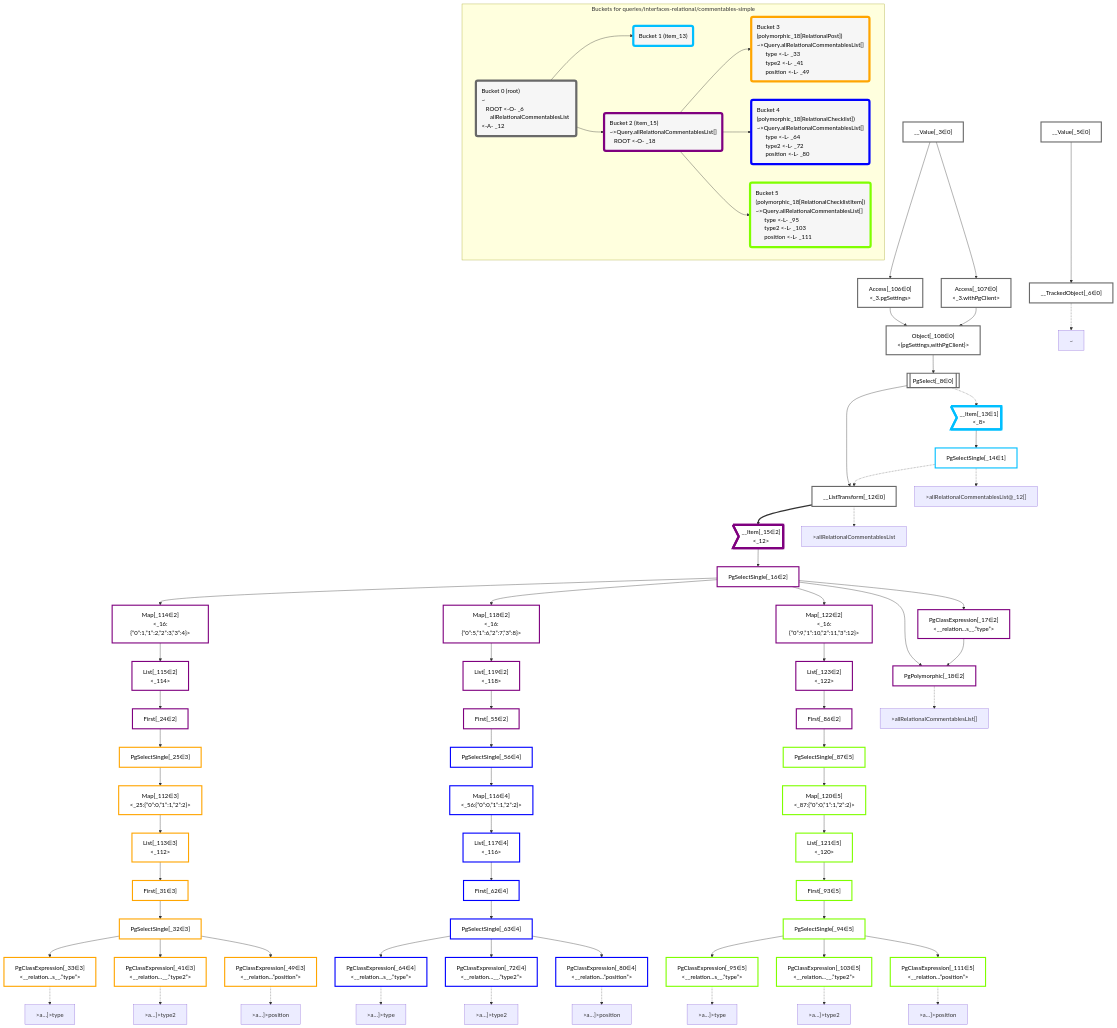
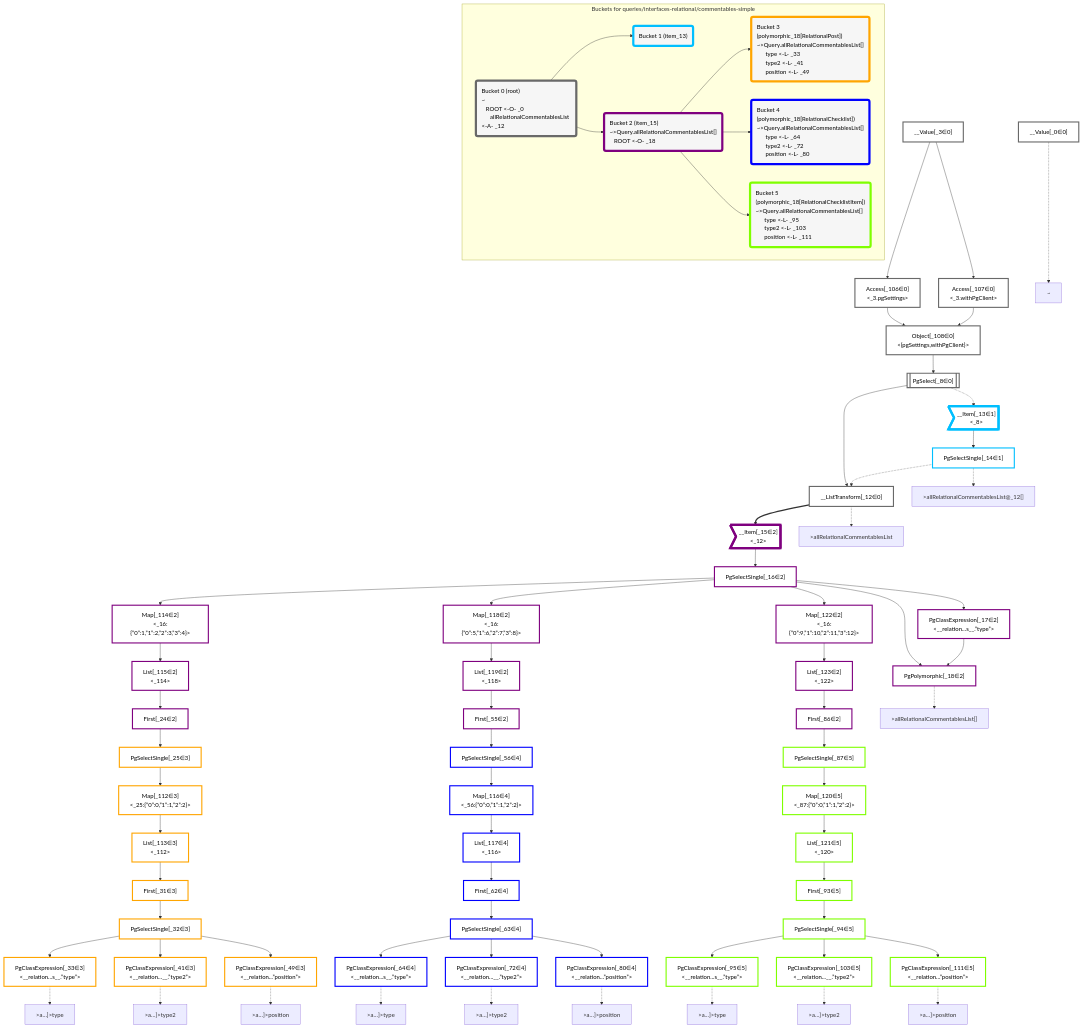
Before and after one commit to graphile/crystal: the diagram in packages/dataplan-pg/__tests__/queries/interfaces-relational/commentables-simple.mermaid.md, drawn with Mermaid. The commit also changed 193 other files, not shown here.

Commit message:
Update test plan snapshots with new root plan

```diff
--- a/packages/dataplan-pg/__tests__/queries/interfaces-relational/commentables-simple.mermaid.md
+++ b/packages/dataplan-pg/__tests__/queries/interfaces-relational/commentables-simple.mermaid.md
@@ -8,9 +8,8 @@
 
 
     %% define plans
+    __Value_0["__Value[_0∈0]"]:::plan
     __Value_3["__Value[_3∈0]<br /><context>"]:::plan
-    __Value_5["__Value[_5∈0]<br /><rootValue>"]:::plan
-    __TrackedObject_6["__TrackedObject[_6∈0]"]:::plan
     PgSelect_8[["PgSelect[_8∈0]<br /><relational_commentables>"]]:::plan
     __ListTransform_12["__ListTransform[_12∈0]<br /><each:_8>"]:::plan
     __Item_13>"__Item[_13∈1]<br /><_8>"]:::itemplan
@@ -57,7 +56,6 @@
     List_123["List[_123∈2]<br /><_122>"]:::plan
 
     %% plan dependencies
-    __Value_5 --> __TrackedObject_6
     Object_108 --> PgSelect_8
     PgSelect_8 --> __ListTransform_12
     PgSelectSingle_14 -.-> __ListTransform_12
@@ -107,8 +105,8 @@
     Map_122 --> List_123
 
     %% plan-to-path relationships
-    P_6["~"]
-    __TrackedObject_6 -.-> P_6
+    P_0["~"]
+    __Value_0 -.-> P_0
     P_12[">allRelationalCommentablesList"]
     __ListTransform_12 -.-> P_12
     P_14[">allRelationalCommentablesList@_12[]"]
@@ -136,7 +134,7 @@
 
     %% allocate buckets
     classDef bucket0 stroke:#696969
-    class __Value_3,__Value_5,__TrackedObject_6,PgSelect_8,__ListTransform_12,Access_106,Access_107,Object_108 bucket0
+    class __Value_0,__Value_3,PgSelect_8,__ListTransform_12,Access_106,Access_107,Object_108 bucket0
     classDef bucket1 stroke:#00bfff
     class __Item_13,PgSelectSingle_14 bucket1
     classDef bucket2 stroke:#7f007f
@@ -149,7 +147,7 @@
     class PgSelectSingle_87,First_93,PgSelectSingle_94,PgClassExpression_95,PgClassExpression_103,PgClassExpression_111,Map_120,List_121 bucket5
 
     subgraph "Buckets for queries/interfaces-relational/commentables-simple"
-    Bucket0("Bucket 0 (root)<br />~<br />⠀ROOT <-O- _6<br />⠀⠀allRelationalCommentablesList <-A- _12"):::bucket
+    Bucket0("Bucket 0 (root)<br />~<br />⠀ROOT <-O- _0<br />⠀⠀allRelationalCommentablesList <-A- _12"):::bucket
     style Bucket0 stroke:#696969
     Bucket1("Bucket 1 (item_13)"):::bucket
     style Bucket1 stroke:#00bfff
```
